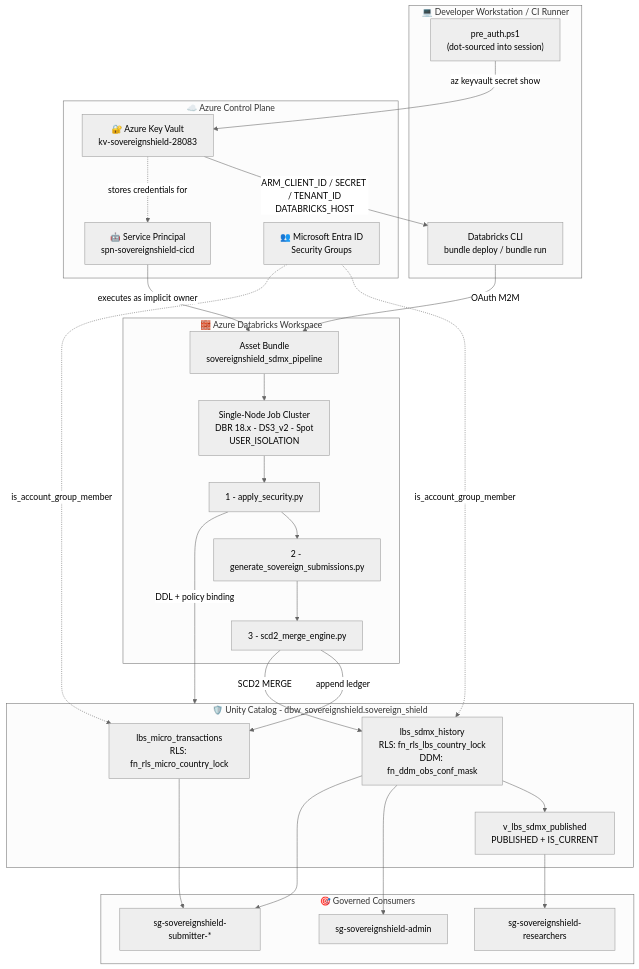
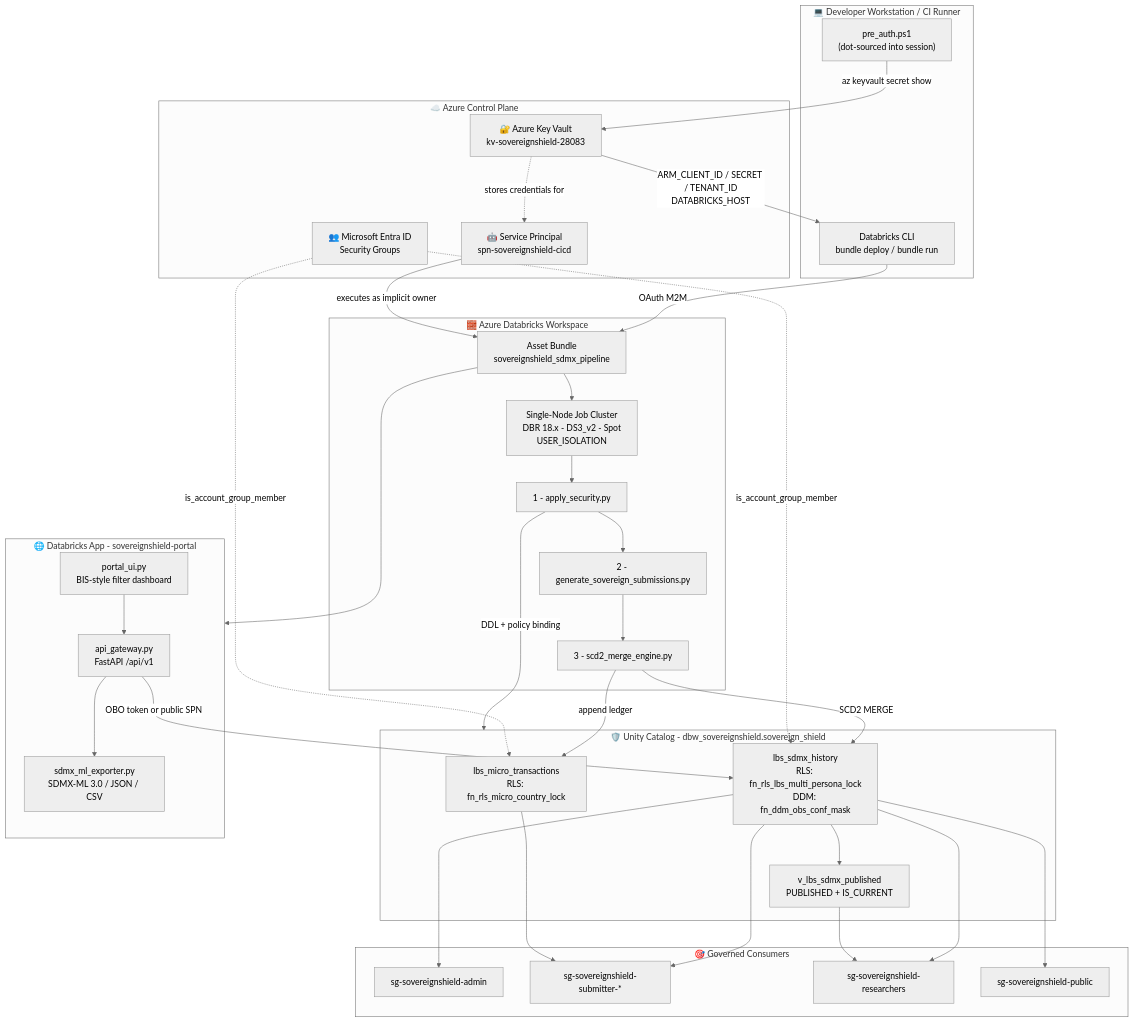
Before and after one commit to botlhale/sovereign-shield: the diagram in README.md, drawn with Mermaid (neutral theme). The commit also changed other lines of this file and 15 other files, not shown here.

First line of the commit message:
feat(portal): add SDMx 3.0 data portal, REST gateway, and multi-persona RLS

````diff
--- a/README.md
+++ b/README.md
@@ -35,51 +35,64 @@
 ```mermaid
 flowchart TB
     subgraph LOCAL["💻 Developer Workstation / CI Runner"]
         AUTH["pre_auth.ps1<br/>(dot-sourced into session)"]
         CLI["Databricks CLI<br/>bundle deploy / bundle run"]
     end
 
     subgraph AZURE["☁️ Azure Control Plane"]
         KV["🔐 Azure Key Vault<br/>kv-sovereignshield-28083"]
         SPN["🤖 Service Principal<br/>spn-sovereignshield-cicd"]
         ENTRA["👥 Microsoft Entra ID<br/>Security Groups"]
     end
 
     subgraph DBX["🧱 Azure Databricks Workspace"]
         DAB["Asset Bundle<br/>sovereignshield_sdmx_pipeline"]
         COMPUTE["Single-Node Job Cluster<br/>DBR 18.x - DS3_v2 - Spot<br/>USER_ISOLATION"]
         T1["1 - apply_security.py"]
         T2["2 - generate_sovereign_submissions.py"]
         T3["3 - scd2_merge_engine.py"]
     end
 
     subgraph UC["🛡️ Unity Catalog - dbw_sovereignshield.sovereign_shield"]
         MICRO["lbs_micro_transactions<br/>RLS: fn_rls_micro_country_lock"]
-        MACRO["lbs_sdmx_history<br/>RLS: fn_rls_lbs_country_lock<br/>DDM: fn_ddm_obs_conf_mask"]
+        MACRO["lbs_sdmx_history<br/>RLS: fn_rls_lbs_multi_persona_lock<br/>DDM: fn_ddm_obs_conf_mask"]
         VIEW["v_lbs_sdmx_published<br/>PUBLISHED + IS_CURRENT"]
+    end
+
+    subgraph PORTAL["🌐 Databricks App - sovereignshield-portal"]
+        API["api_gateway.py<br/>FastAPI /api/v1"]
+        UI["portal_ui.py<br/>BIS-style filter dashboard"]
+        EXP["sdmx_ml_exporter.py<br/>SDMX-ML 3.0 / JSON / CSV"]
     end
 
     subgraph CONSUMERS["🎯 Governed Consumers"]
         ADMIN["sg-sovereignshield-admin"]
         SUB["sg-sovereignshield-submitter-*"]
         RES["sg-sovereignshield-researchers"]
+        PUB["sg-sovereignshield-public"]
     end
 
     AUTH -->|az keyvault secret show| KV
     KV -->|ARM_CLIENT_ID / SECRET / TENANT_ID<br/>DATABRICKS_HOST| CLI
     KV -.->|stores credentials for| SPN
     CLI -->|OAuth M2M| DAB
     SPN -->|executes as implicit owner| DAB
     DAB --> COMPUTE
+    DAB --> PORTAL
     COMPUTE --> T1 --> T2 --> T3
     T1 -->|DDL + policy binding| UC
     T3 -->|append ledger| MICRO
     T3 -->|SCD2 MERGE| MACRO
     MACRO --> VIEW
     ENTRA -.->|is_account_group_member| MACRO
     ENTRA -.->|is_account_group_member| MICRO
+    UI --> API
+    API --> EXP
+    API -->|OBO token or public SPN| MACRO
     MACRO --> ADMIN
     MACRO --> SUB
+    MACRO --> RES
+    MACRO --> PUB
     MICRO --> SUB
     VIEW --> RES
 ```
````
